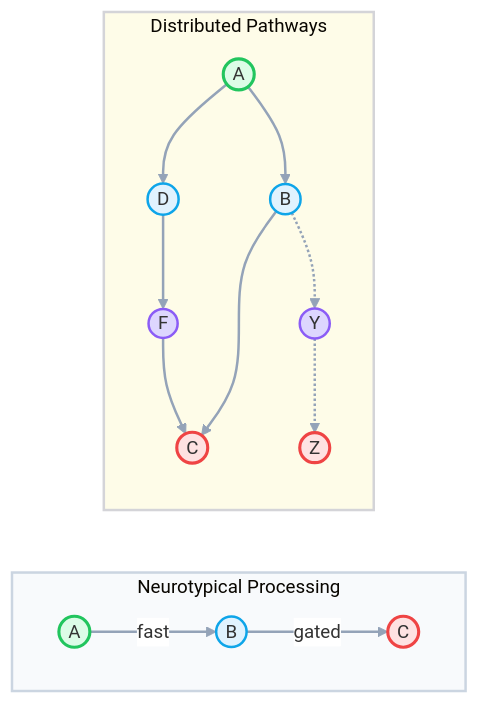
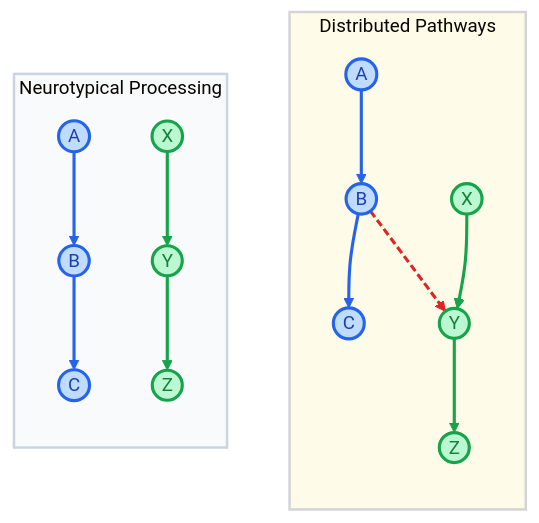
Before and after one commit to thiagosindra/higher-resolution-hypothesis: the diagram in docs/diagrams/dpm-comparison-side-by-side.mermaid, drawn with Mermaid. The commit also changed 10 other files, not shown here.

Commit message:
Added diagrams in Mermaid and SVG formats with links to sections

```diff
--- a/docs/diagrams/dpm-comparison-side-by-side.mermaid
+++ b/docs/diagrams/dpm-comparison-side-by-side.mermaid
@@ -1,46 +1,66 @@
 %%{init: {
   'theme': 'base',
   'themeVariables': {
     'fontFamily': 'Inter, system-ui, sans-serif',
     'fontSize': '15px',
     'lineColor': '#94a3b8',
-    'edgeLabelBackground': '#ffffff',
     'clusterBkg': '#fafafa',
     'clusterBorder': '#e2e8f0',
+    'edgeLabelBackground': '#fafafa',
     'nodeSpacing': 80,
     'rankSpacing': 80
   }
 }}%%
-graph LR
-    subgraph NT["Neurotypical Processing"]
-        direction LR
-        A1((A)) -->|fast| B1((B)) -->|gated| C1((C))
-    end
-    
+graph TB
     subgraph DPM["Distributed Pathways"]
         direction TB
         A2((A)) --> B2((B))
-        A2 --> D2((D))
         B2 --> C2((C))
-        B2 -.-> Y2((Y))
-        D2 --> F2((F))
-        F2 --> C2
-        Y2 -.-> Z2((Z))
+        X2((X)) --> Y2((Y))
+        Y2 --> Z2((Z))
+        B2 -.-> Y2
     end
-    
+
+    subgraph NT["Neurotypical Processing"]
+        direction TB
+        A1((A)) --> B1((B))
+        B1 --> C1((C))
+        X1((X)) --> Y1((Y))
+        Y1 --> Z1((Z))
+    end
+
     style NT fill:#f8fafc,stroke:#cbd5e1,stroke-width:2px
     style DPM fill:#fefce8,stroke:#d4d4d8,stroke-width:2px
-    
-    style A1 fill:#dcfce7,stroke:#22c55e,stroke-width:2.5px
-    style A2 fill:#dcfce7,stroke:#22c55e,stroke-width:2.5px
-    style C1 fill:#fee2e2,stroke:#ef4444,stroke-width:2.5px
-    style C2 fill:#fee2e2,stroke:#ef4444,stroke-width:2.5px
-    style Z2 fill:#fee2e2,stroke:#ef4444,stroke-width:2.5px
-    
-    style B1 fill:#e0f2fe,stroke:#0ea5e9,stroke-width:2px
-    style B2 fill:#e0f2fe,stroke:#0ea5e9,stroke-width:2px
-    style D2 fill:#e0f2fe,stroke:#0ea5e9,stroke-width:2px
-    style F2 fill:#ddd6fe,stroke:#8b5cf6,stroke-width:2px
-    style Y2 fill:#ddd6fe,stroke:#8b5cf6,stroke-width:2px
-    
-    linkStyle default stroke:#94a3b8,stroke-width:2px
+
+    %% NT side - Blue network (A→B→C)
+    style A1 fill:#bfdbfe,stroke:#2563eb,stroke-width:2.5px,color:#1e40af
+    style B1 fill:#bfdbfe,stroke:#2563eb,stroke-width:2.5px,color:#1e40af
+    style C1 fill:#bfdbfe,stroke:#2563eb,stroke-width:2.5px,color:#1e40af
+
+    %% NT side - Green network (X→Y→Z)
+    style X1 fill:#bbf7d0,stroke:#16a34a,stroke-width:2.5px,color:#15803d
+    style Y1 fill:#bbf7d0,stroke:#16a34a,stroke-width:2.5px,color:#15803d
+    style Z1 fill:#bbf7d0,stroke:#16a34a,stroke-width:2.5px,color:#15803d
+
+    %% DPM side - Blue network (A→B→C)
+    style A2 fill:#bfdbfe,stroke:#2563eb,stroke-width:2.5px,color:#1e40af
+    style B2 fill:#bfdbfe,stroke:#2563eb,stroke-width:2.5px,color:#1e40af
+    style C2 fill:#bfdbfe,stroke:#2563eb,stroke-width:2.5px,color:#1e40af
+
+    %% DPM side - Green network (X→Y→Z)
+    style X2 fill:#bbf7d0,stroke:#16a34a,stroke-width:2.5px,color:#15803d
+    style Y2 fill:#bbf7d0,stroke:#16a34a,stroke-width:2.5px,color:#15803d
+    style Z2 fill:#bbf7d0,stroke:#16a34a,stroke-width:2.5px,color:#15803d
+
+    %% NT side - solid within-network links
+    linkStyle 5 stroke:#2563eb,stroke-width:2.5px
+    linkStyle 6 stroke:#2563eb,stroke-width:2.5px
+    linkStyle 7 stroke:#16a34a,stroke-width:2.5px
+    linkStyle 8 stroke:#16a34a,stroke-width:2.5px
+
+    %% DPM side - solid within-network links + dashed cross-network link
+    linkStyle 0 stroke:#2563eb,stroke-width:2.5px
+    linkStyle 1 stroke:#2563eb,stroke-width:2.5px
+    linkStyle 2 stroke:#16a34a,stroke-width:2.5px
+    linkStyle 3 stroke:#16a34a,stroke-width:2.5px
+    linkStyle 4 stroke:#dc2626,stroke-width:2.5px,stroke-dasharray: 6 3
```
